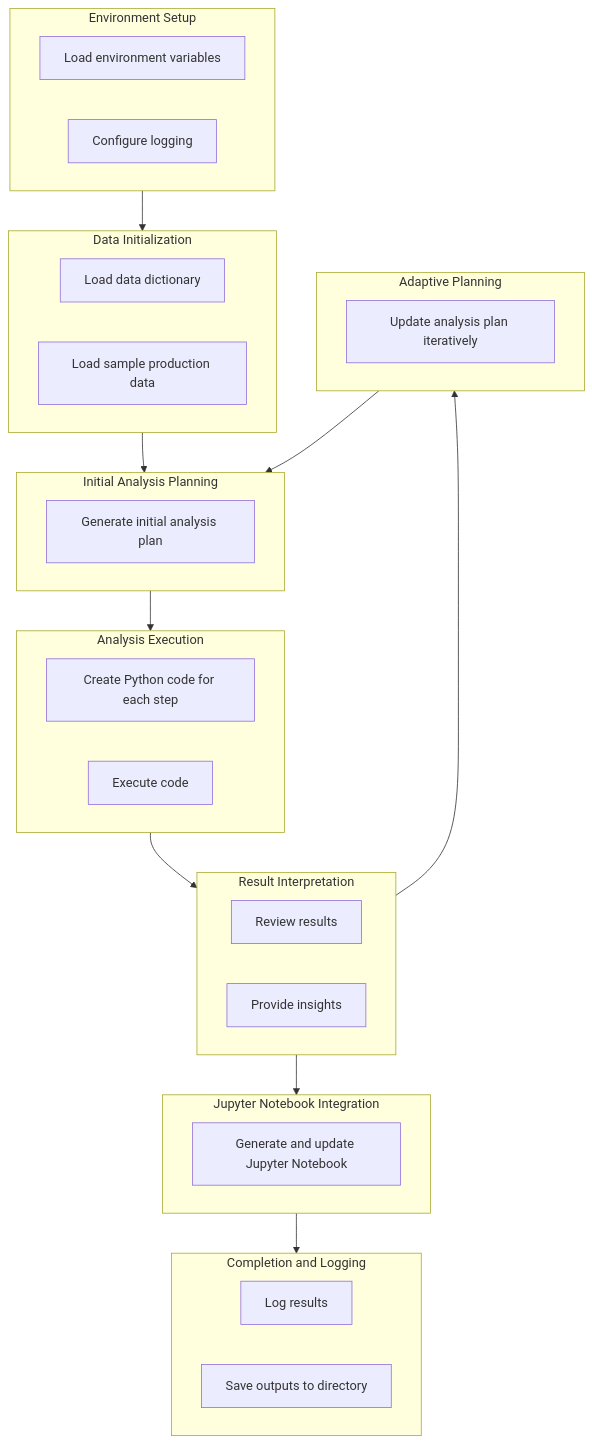
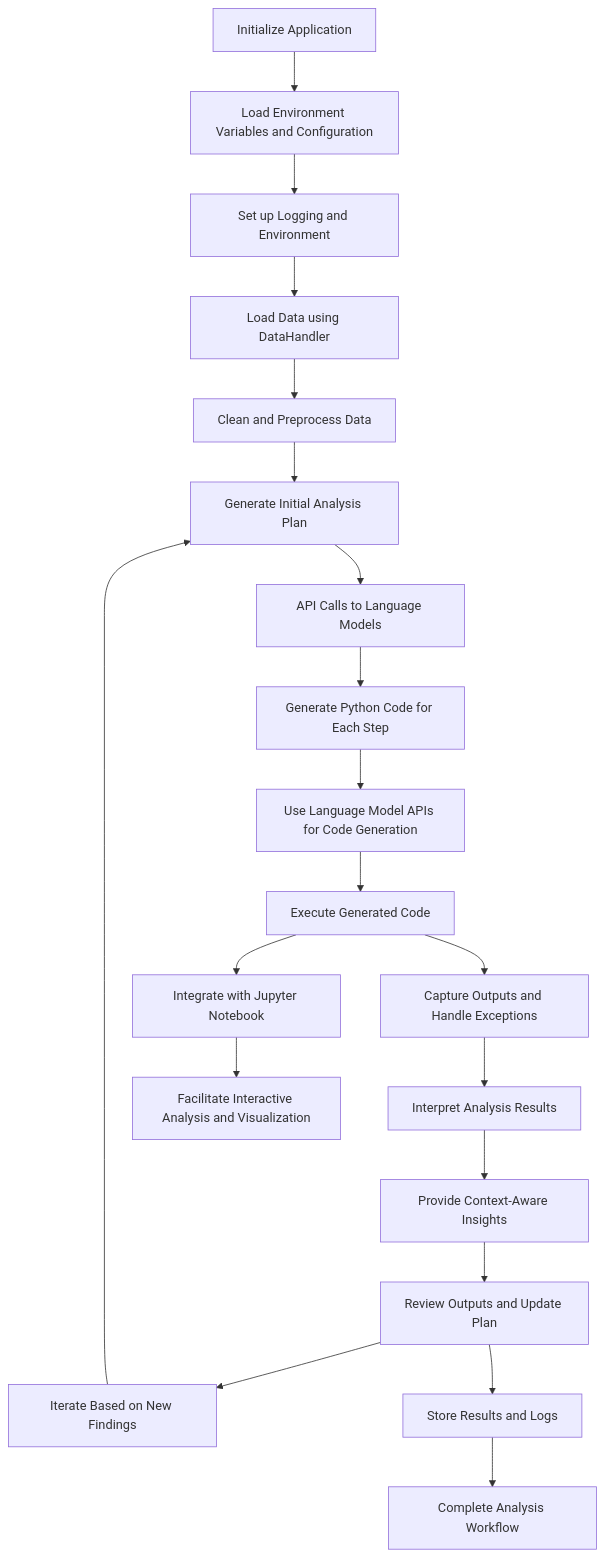
One commit to terilios/automated_data_scientist changed the diagram in README.md. Above: the diagram before and after it, drawn with Mermaid. The commit also changed other lines of this file, not shown here.

````diff
--- a/README.md
+++ b/README.md
@@ -9,51 +62,22 @@
 ```mermaid
 flowchart TD
-    %% Define subgraphs
-    subgraph A[Environment Setup]
-        A1[Load environment variables]
-        A2[Configure logging]
-    end
-
-    subgraph B[Data Initialization]
-        B1[Load data dictionary]
-        B2[Load sample production data]
-    end
-
-    subgraph C[Initial Analysis Planning]
-        C1[Generate initial analysis plan]
-    end
-
-    subgraph D[Analysis Execution]
-        D1[Create Python code for each step]
-        D2[Execute code]
-    end
-
-    subgraph E[Result Interpretation]
-        E1[Review results]
-        E2[Provide insights]
-    end
-
-    subgraph F[Adaptive Planning]
-        F1[Update analysis plan iteratively]
-    end
-
-    subgraph G[Jupyter Notebook Integration]
-        G1[Generate and update Jupyter Notebook]
-    end
-
-    subgraph H[Completion and Logging]
-        H1[Log results]
-        H2[Save outputs to directory]
-    end
-
-    %% Define connections
-    A --> B
-    B --> C
-    C --> D
-    D --> E
-    E --> F
-    F --> C
-    E --> G
-    G --> H
-
+    A[Initialize Application] --> B[Load Environment Variables and Configuration]
+    B --> C[Set up Logging and Environment]
+    C --> D[Load Data using DataHandler]
+    D --> E[Clean and Preprocess Data]
+    E --> F[Generate Initial Analysis Plan]
+    F --> G[API Calls to Language Models]
+    G --> H[Generate Python Code for Each Step]
+    H --> I[Use Language Model APIs for Code Generation]
+    I --> J[Execute Generated Code]
+    J --> K[Capture Outputs and Handle Exceptions]
+    K --> L[Interpret Analysis Results]
+    L --> M[Provide Context-Aware Insights]
+    J --> N[Integrate with Jupyter Notebook]
+    N --> O[Facilitate Interactive Analysis and Visualization]
+    M --> P[Review Outputs and Update Plan]
+    P --> Q[Iterate Based on New Findings]
+    Q --> F
+    P --> U[Store Results and Logs]
+    U --> V[Complete Analysis Workflow]
 ```
````
